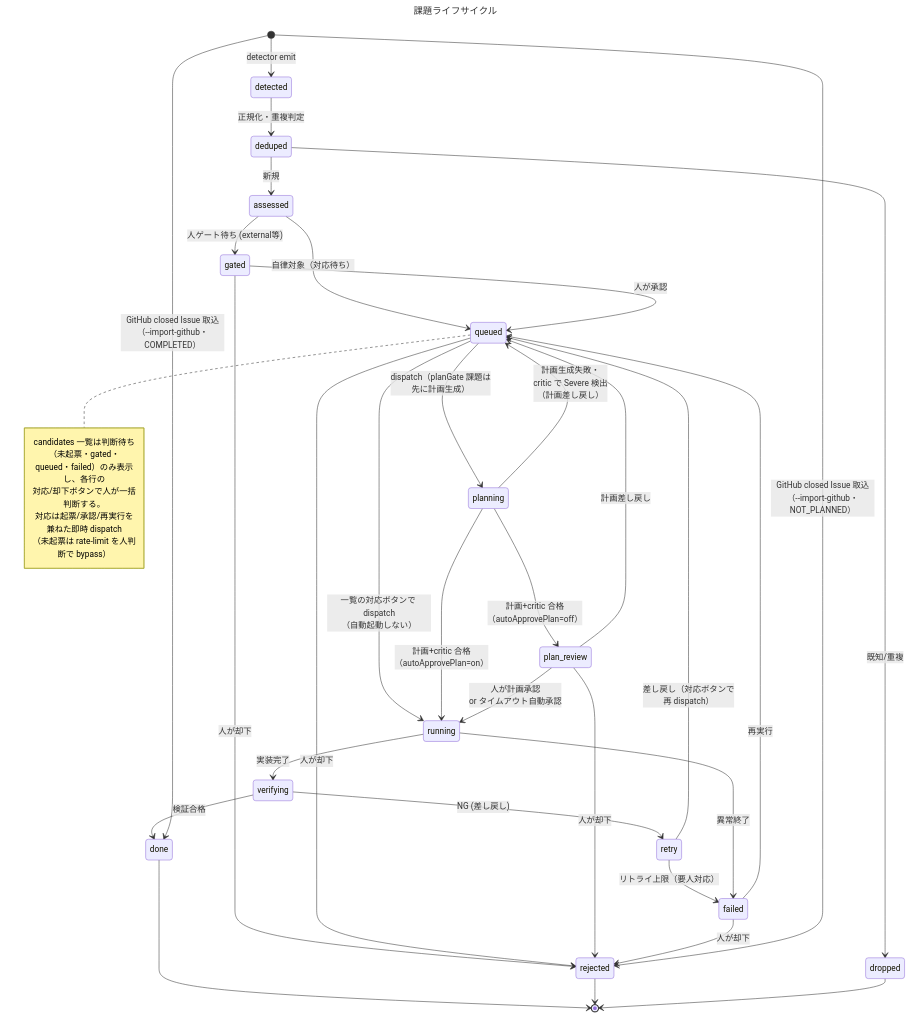
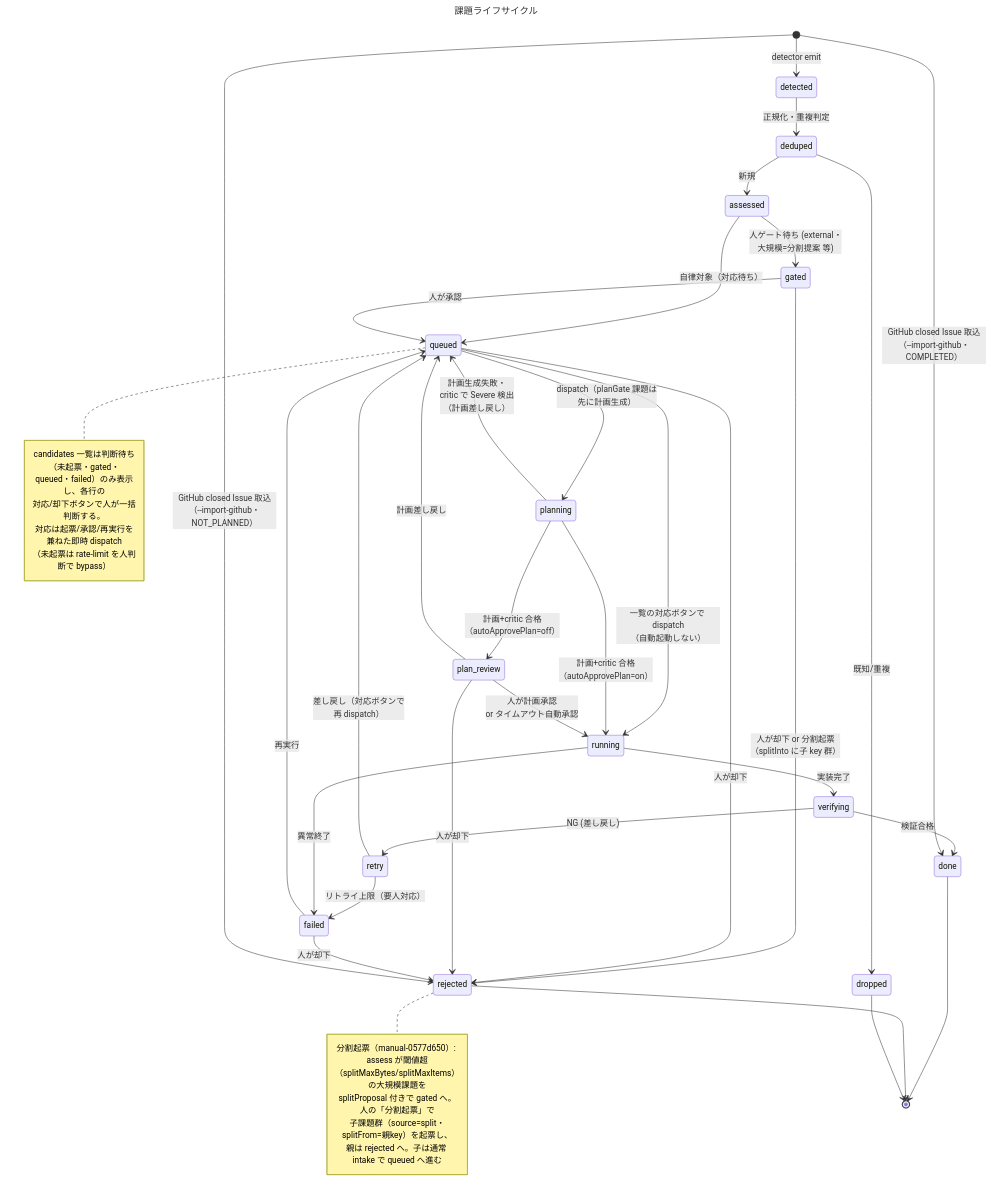
One commit to yamamoto-ryuzo/kasugai_agent changed the diagram in diagrams/issue-lifecycle.mmd. Above: the diagram before and after it, drawn with Mermaid. The commit also changed 15 other files, not shown here.

First line of the commit message:
大規模課題の分割起票: 閾値超の課題は splitProposal 付きで gated へ、パネルから子課題群へ分割起票

```diff
--- a/diagrams/issue-lifecycle.mmd
+++ b/diagrams/issue-lifecycle.mmd
@@ -1,41 +1,48 @@
 ---
 title: 課題ライフサイクル
 ---
 stateDiagram-v2
     [*] --> detected : detector emit
     detected --> deduped : 正規化・重複判定
     deduped --> dropped : 既知/重複
     deduped --> assessed : 新規
-    assessed --> gated : 人ゲート待ち (external等)
+    assessed --> gated : 人ゲート待ち (external・<br/>大規模=分割提案 等)
     assessed --> queued : 自律対象（対応待ち）
     gated --> queued : 人が承認
-    gated --> rejected : 人が却下
+    gated --> rejected : 人が却下 or 分割起票<br/>（splitInto に子 key 群）
     queued --> running : 一覧の対応ボタンで dispatch<br/>（自動起動しない）
     queued --> planning : dispatch（planGate 課題は<br/>先に計画生成）
     queued --> rejected : 人が却下
     planning --> plan_review : 計画+critic 合格<br/>（autoApprovePlan=off）
     planning --> running : 計画+critic 合格<br/>（autoApprovePlan=on）
     planning --> queued : 計画生成失敗・<br/>critic で Severe 検出<br/>（計画差し戻し）
     plan_review --> running : 人が計画承認<br/>or タイムアウト自動承認
     plan_review --> queued : 計画差し戻し
     plan_review --> rejected : 人が却下
     running --> verifying : 実装完了
     verifying --> done : 検証合格
     verifying --> retry : NG (差し戻し)
     retry --> queued : 差し戻し（対応ボタンで<br/>再 dispatch）
     retry --> failed : リトライ上限（要人対応）
     running --> failed : 異常終了
     failed --> queued : 再実行
     failed --> rejected : 人が却下
     note right of queued
         candidates 一覧は判断待ち（未起票・gated・
         queued・failed）のみ表示し、各行の
         対応/却下ボタンで人が一括判断する。
         対応は起票/承認/再実行を兼ねた即時 dispatch
         （未起票は rate-limit を人判断で bypass）
     end note
+    note right of rejected
+        分割起票（manual-0577d650）: assess が閾値超
+        （splitMaxBytes/splitMaxItems）の大規模課題を
+        splitProposal 付きで gated へ。人の「分割起票」で
+        子課題群（source=split・splitFrom=親key）を起票し、
+        親は rejected へ。子は通常 intake で queued へ進む
+    end note
     done --> [*]
     rejected --> [*]
     dropped --> [*]
     [*] --> done : GitHub closed Issue 取込<br/>（--import-github・COMPLETED）
     [*] --> rejected : GitHub closed Issue 取込<br/>（--import-github・NOT_PLANNED）
```
